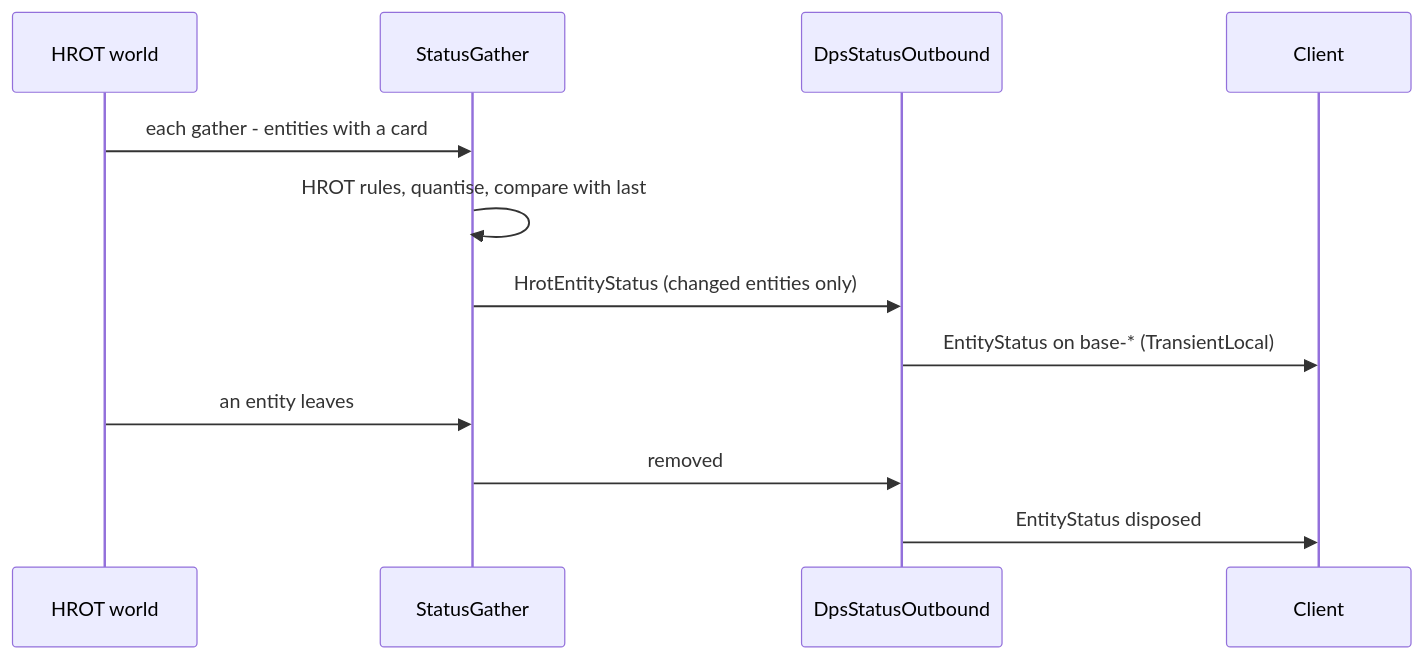
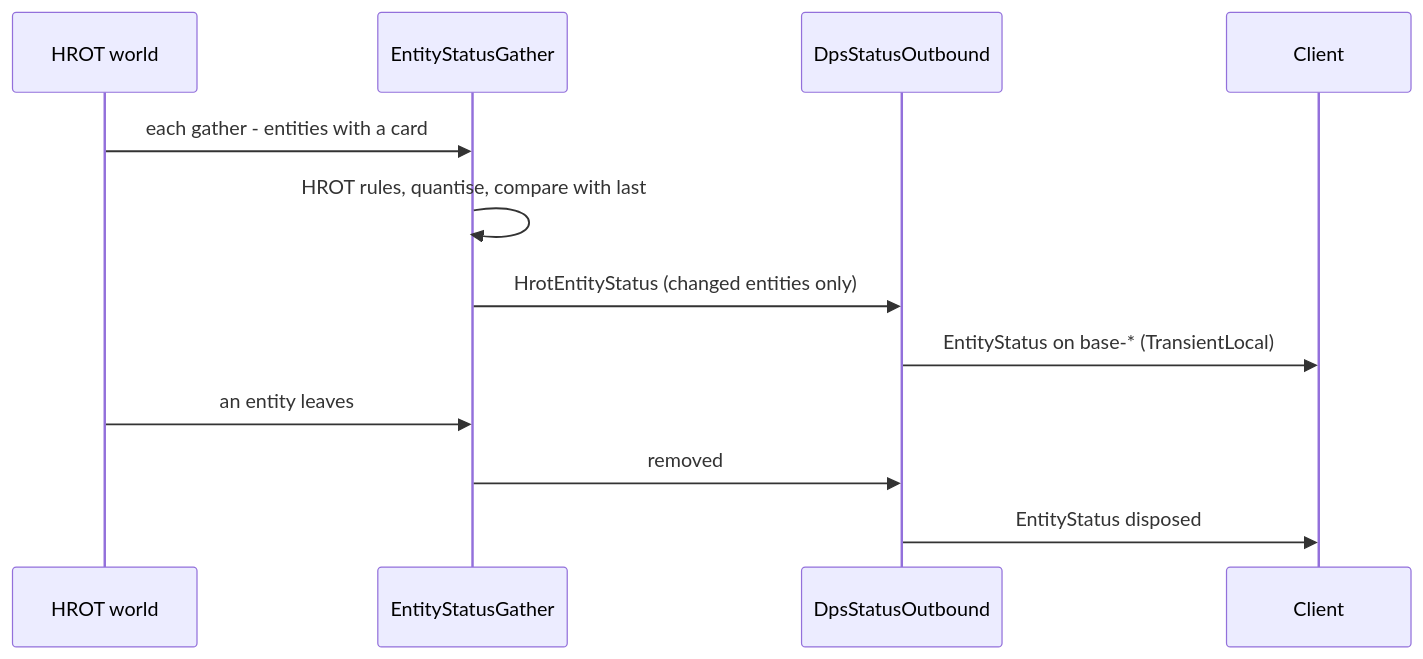
Before and after one commit to pjanec/SimNetGateway: the third of 3 diagrams in docs/design/DD-025-Dps-Entity-Status.md, drawn with Mermaid. The commit also changed other lines of this file and 25 other files, not shown here.

````diff
--- a/docs/design/DD-025-Dps-Entity-Status.md
+++ b/docs/design/DD-025-Dps-Entity-Status.md
@@ -85,14 +87,14 @@
 ```mermaid
 sequenceDiagram
     participant W as HROT world
-    participant G as StatusGather
+    participant G as EntityStatusGather
     participant O as DpsStatusOutbound
     participant C as Client
     W->>G: each gather - entities with a card
     G->>G: HROT rules, quantise, compare with last
     G->>O: HrotEntityStatus (changed entities only)
     O->>C: EntityStatus on base-* (TransientLocal)
     W->>G: an entity leaves
     G->>O: removed
     O->>C: EntityStatus disposed
 ```
````
